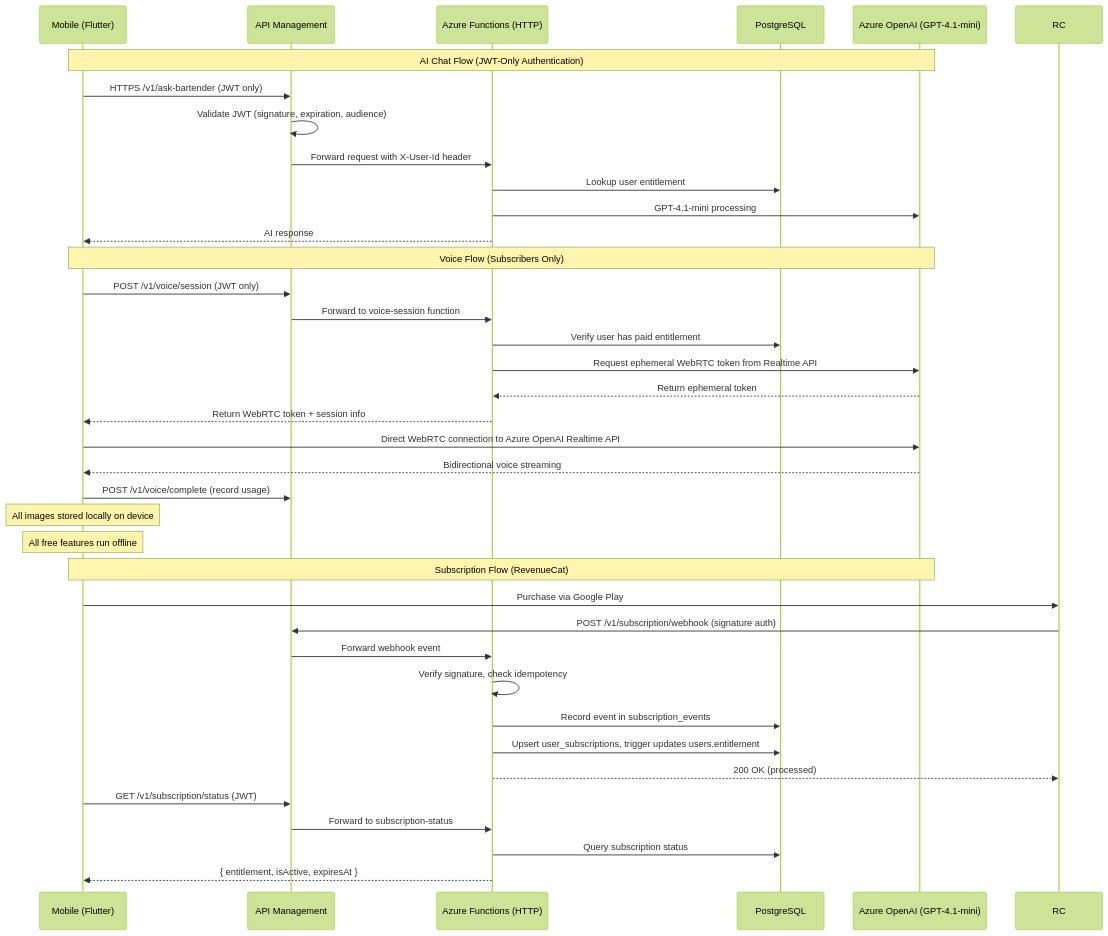
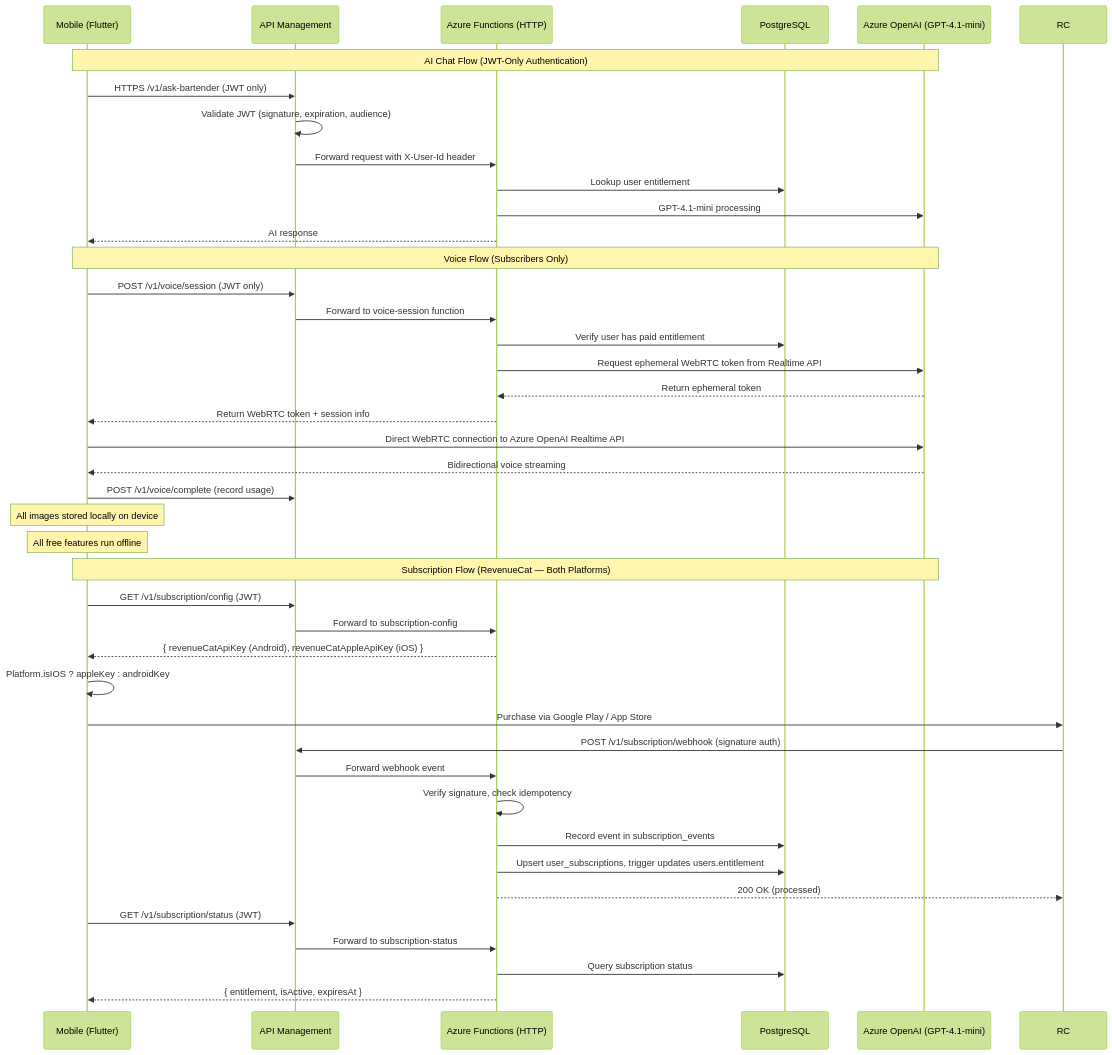
One commit to gwhitley1969/mybartenderAI-MVP changed the first of 3 diagrams in docs/ARCHITECTURE.md. Above: the diagram before and after it, drawn with Mermaid (forest theme). The commit also changed other lines of this file and 10 other files, not shown here.

First line of the commit message:
feat: RevenueCat cross-platform setup — iOS API key, voice-purchase fix, platform-aware init

````diff
--- a/docs/ARCHITECTURE.md
+++ b/docs/ARCHITECTURE.md
@@ -90,43 +97,47 @@
 ```mermaid
 sequenceDiagram
   participant M as Mobile (Flutter)
   participant APIM as API Management
   participant F as Azure Functions (HTTP)
   participant DB as PostgreSQL
   participant AI as Azure OpenAI (GPT-4.1-mini)
 
   Note over M,AI: AI Chat Flow (JWT-Only Authentication)
   M->>APIM: HTTPS /v1/ask-bartender (JWT only)
   APIM->>APIM: Validate JWT (signature, expiration, audience)
   APIM->>F: Forward request with X-User-Id header
   F->>DB: Lookup user entitlement
   F->>AI: GPT-4.1-mini processing
   F-->>M: AI response
 
   Note over M,AI: Voice Flow (Subscribers Only)
   M->>APIM: POST /v1/voice/session (JWT only)
   APIM->>F: Forward to voice-session function
   F->>DB: Verify user has paid entitlement
   F->>AI: Request ephemeral WebRTC token from Realtime API
   AI-->>F: Return ephemeral token
   F-->>M: Return WebRTC token + session info
   M->>AI: Direct WebRTC connection to Azure OpenAI Realtime API
   AI-->>M: Bidirectional voice streaming
   M->>APIM: POST /v1/voice/complete (record usage)
 
   Note over M: All images stored locally on device
   Note over M: All free features run offline
 
-  Note over M,AI: Subscription Flow (RevenueCat)
-  M->>RC: Purchase via Google Play
+  Note over M,AI: Subscription Flow (RevenueCat — Both Platforms)
+  M->>APIM: GET /v1/subscription/config (JWT)
+  APIM->>F: Forward to subscription-config
+  F-->>M: { revenueCatApiKey (Android), revenueCatAppleApiKey (iOS) }
+  M->>M: Platform.isIOS ? appleKey : androidKey
+  M->>RC: Purchase via Google Play / App Store
   RC->>APIM: POST /v1/subscription/webhook (signature auth)
   APIM->>F: Forward webhook event
   F->>F: Verify signature, check idempotency
   F->>DB: Record event in subscription_events
   F->>DB: Upsert user_subscriptions, trigger updates users.entitlement
   F-->>RC: 200 OK (processed)
   M->>APIM: GET /v1/subscription/status (JWT)
   APIM->>F: Forward to subscription-status
   F->>DB: Query subscription status
   F-->>M: { entitlement, isActive, expiresAt }
 ```
````
